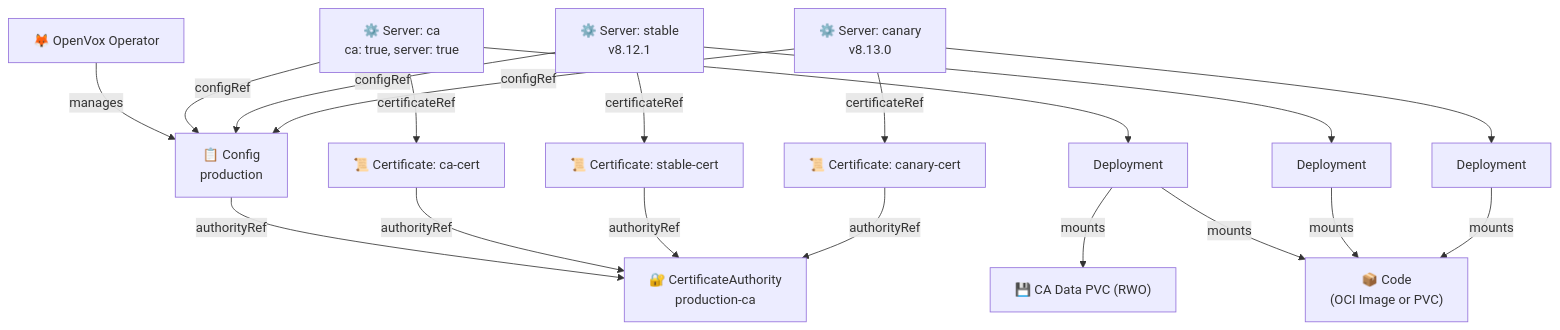
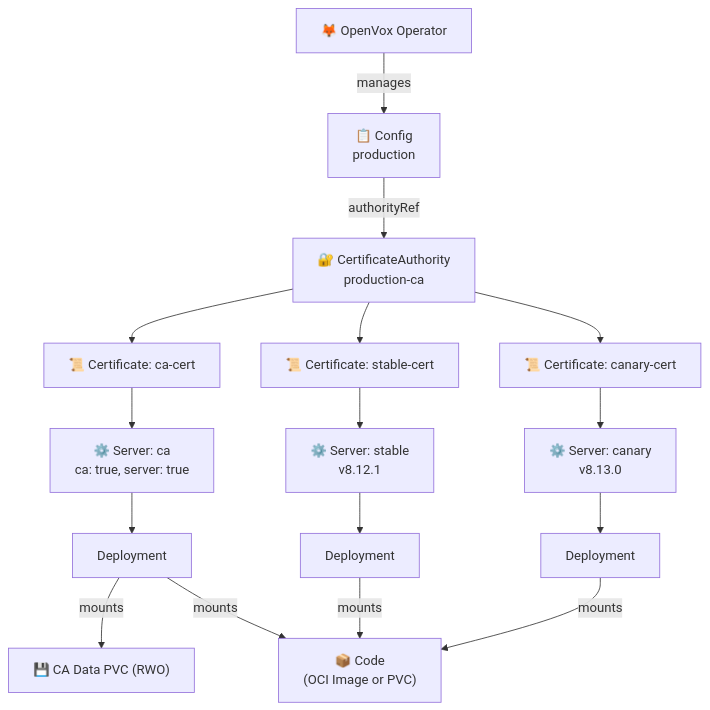
Before and after one commit to slauger/openvox-operator: the first of 3 diagrams in README.md, drawn with Mermaid.

Commit message:
docs: revert README diagram to simple version

````diff
--- a/README.md
+++ b/README.md
@@ -29,27 +29,24 @@
 ```mermaid
 graph TD
     Op["🦊 OpenVox Operator"]
     Op -->|manages| Cfg
 
     Cfg["📋 Config<br/>production"]
     Cfg -->|authorityRef| CA_CRD["🔐 CertificateAuthority<br/>production-ca"]
-    Cert_CA -->|authorityRef| CA_CRD
-    Cert_Stable -->|authorityRef| CA_CRD
-    Cert_Canary -->|authorityRef| CA_CRD
+    CA_CRD --> Cert_CA["📜 Certificate: ca-cert"]
+    CA_CRD --> Cert_Stable["📜 Certificate: stable-cert"]
+    CA_CRD --> Cert_Canary["📜 Certificate: canary-cert"]
 
-    CA["⚙️ Server: ca<br/>ca: true, server: true"] -->|certificateRef| Cert_CA["📜 Certificate: ca-cert"]
-    Stable["⚙️ Server: stable<br/>v8.12.1"] -->|certificateRef| Cert_Stable["📜 Certificate: stable-cert"]
-    Canary["⚙️ Server: canary<br/>v8.13.0"] -->|certificateRef| Cert_Canary["📜 Certificate: canary-cert"]
-    CA -->|configRef| Cfg
-    Stable -->|configRef| Cfg
-    Canary -->|configRef| Cfg
+    Cert_CA --> CA["⚙️ Server: ca<br/>ca: true, server: true"]
+    Cert_Stable --> Stable["⚙️ Server: stable<br/>v8.12.1"]
+    Cert_Canary --> Canary["⚙️ Server: canary<br/>v8.13.0"]
 
     CA --> CA_D["Deployment"]
     Stable --> ST_D["Deployment"]
     Canary --> CN_D["Deployment"]
 
     CA_D -->|mounts| CA_PVC["💾 CA Data PVC (RWO)"]
     CA_D -->|mounts| Code["📦 Code<br/>(OCI Image or PVC)"]
     ST_D -->|mounts| Code
     CN_D -->|mounts| Code
 ```
````
